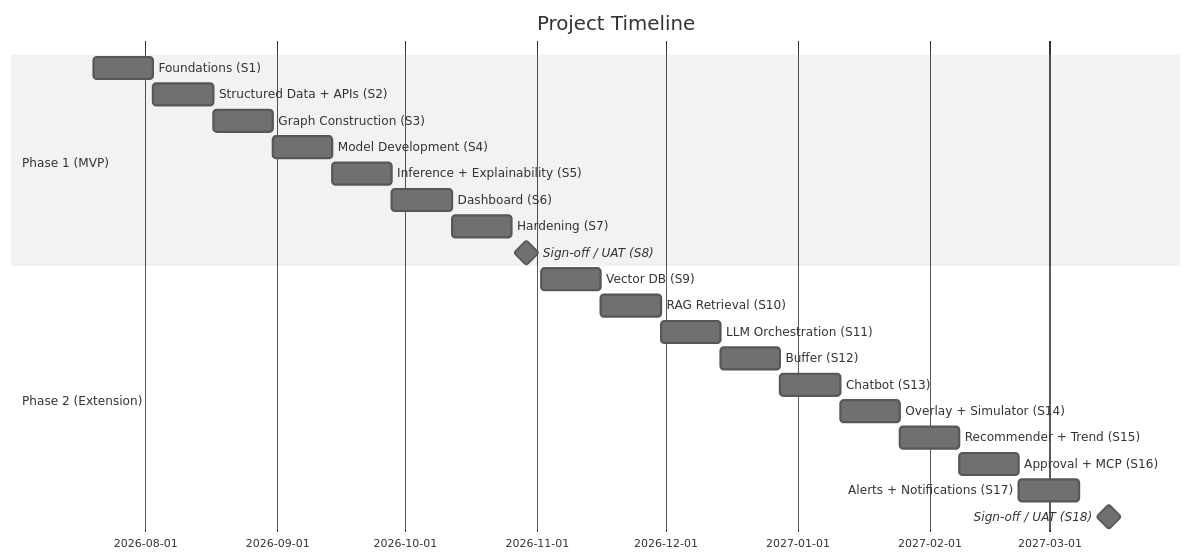
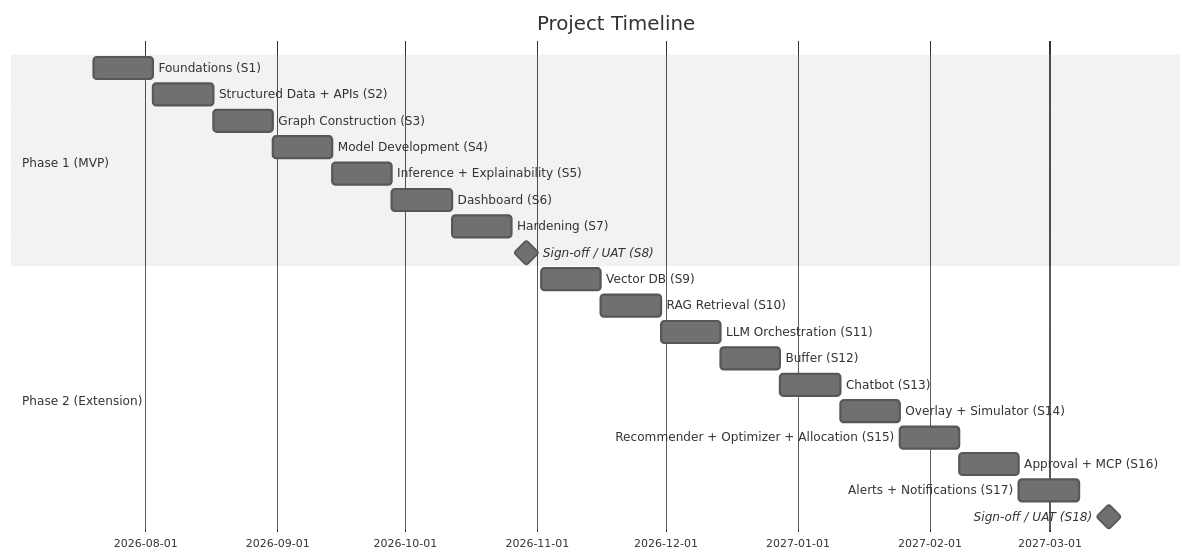
One commit to murali-ftw/ChainPilot changed the third of 3 diagrams in docs/14_Project_Roadmap.md. Above: the diagram before and after it, drawn with Mermaid (neutral theme). The commit also changed other lines of this file and 17 other files, not shown here.

````diff
--- a/docs/14_Project_Roadmap.md
+++ b/docs/14_Project_Roadmap.md
@@ -154,25 +171,25 @@
 ```mermaid
 gantt
     title Project Timeline
     dateFormat  YYYY-MM-DD
     section Phase 1 (MVP)
     Foundations (S1)              :2026-07-20, 14d
     Structured Data + APIs (S2)   :2026-08-03, 14d
     Graph Construction (S3)       :2026-08-17, 14d
     Model Development (S4)        :2026-08-31, 14d
     Inference + Explainability (S5) :2026-09-14, 14d
     Dashboard (S6)                :2026-09-28, 14d
     Hardening (S7)                :2026-10-12, 14d
     Sign-off / UAT (S8)           :milestone, 2026-10-26, 7d
     section Phase 2 (Extension)
     Vector DB (S9)                :2026-11-02, 14d
     RAG Retrieval (S10)           :2026-11-16, 14d
     LLM Orchestration (S11)       :2026-11-30, 14d
     Buffer (S12)                  :2026-12-14, 14d
     Chatbot (S13)                 :2026-12-28, 14d
     Overlay + Simulator (S14)     :2027-01-11, 14d
-    Recommender + Trend (S15)     :2027-01-25, 14d
+    Recommender + Optimizer + Allocation (S15) :2027-01-25, 14d
     Approval + MCP (S16)          :2027-02-08, 14d
     Alerts + Notifications (S17)  :2027-02-22, 14d
     Sign-off / UAT (S18)          :milestone, 2027-03-08, 14d
 ```
````
